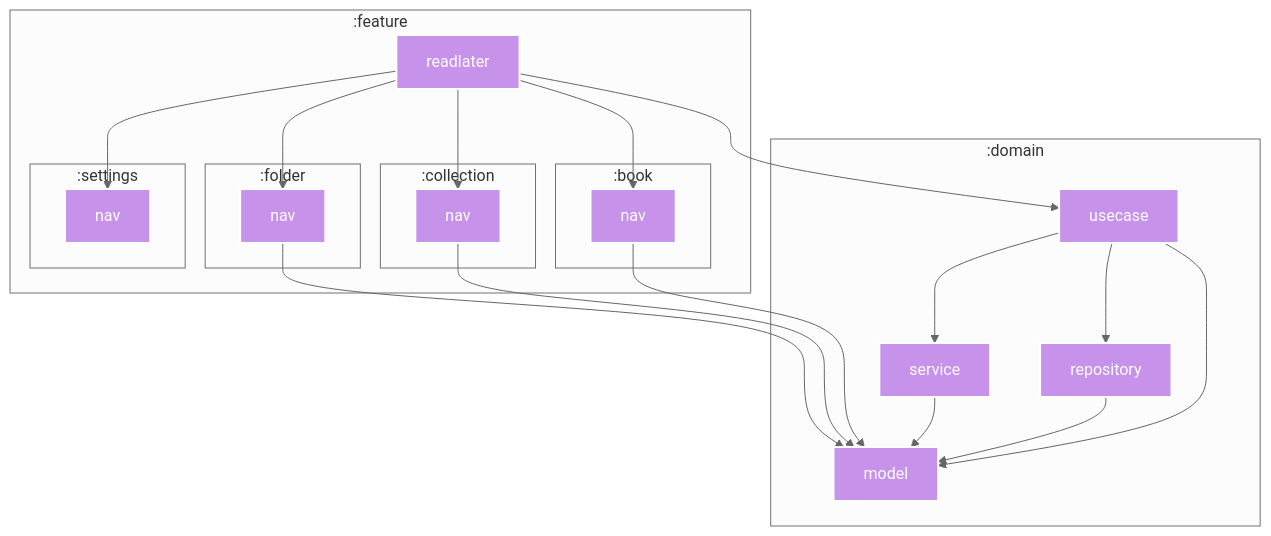
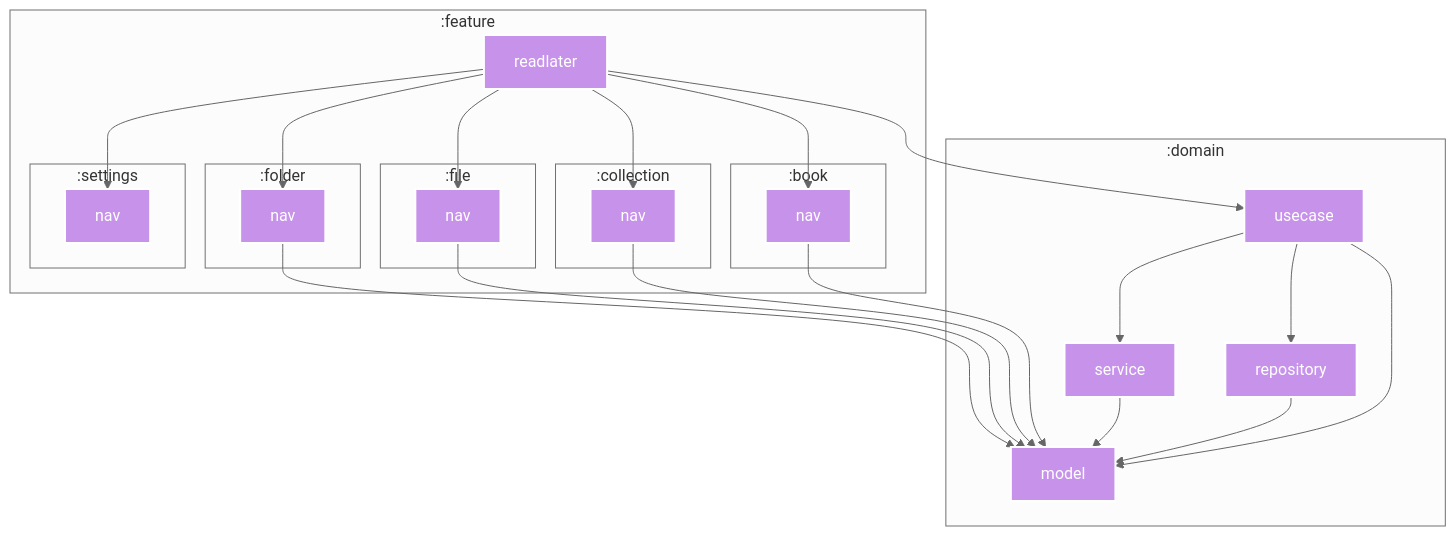
One commit to SorrowBlue/ComicViewer changed the diagram in feature/readlater/README.md. Above: the diagram before and after it, drawn with Mermaid. The commit also changed 21 other files, not shown here.

First line of the commit message:
refactor: Decouple feature:file implementation from feature:file:nav (#1423)

````diff
--- a/feature/readlater/README.md
+++ b/feature/readlater/README.md
@@ -5,63 +5,70 @@
 ```mermaid
 %%{
   init: {
     'theme': 'neutral'
   }
 }%%
 
 graph TB
   subgraph :domain
     :domain:usecase["usecase"]
     :domain:model["model"]
     :domain:repository["repository"]
     :domain:service["service"]
     :domain:service["service"]
     :domain:model["model"]
     :domain:usecase["usecase"]
     :domain:repository["repository"]
   end
   subgraph :feature
     :feature:readlater["readlater"]
+    subgraph :file
+      :feature:file:nav["nav"]
+      :feature:file:nav["nav"]
+    end
     subgraph :folder
       :feature:folder:nav["nav"]
       :feature:folder:nav["nav"]
     end
     subgraph :book
       :feature:book:nav["nav"]
       :feature:book:nav["nav"]
     end
     subgraph :collection
       :feature:collection:nav["nav"]
       :feature:collection:nav["nav"]
     end
     subgraph :settings
       :feature:settings:nav["nav"]
     end
   end
 
   :domain:usecase --> :domain:model
   :domain:usecase --> :domain:repository
   :domain:usecase --> :domain:service
   :domain:service --> :domain:model
+  :feature:file:nav --> :domain:model
   :feature:folder:nav --> :domain:model
   :feature:book:nav --> :domain:model
   :feature:collection:nav --> :domain:model
   :feature:readlater --> :domain:usecase
   :feature:readlater --> :feature:book:nav
   :feature:readlater --> :feature:collection:nav
+  :feature:readlater --> :feature:file:nav
   :feature:readlater --> :feature:folder:nav
   :feature:readlater --> :feature:settings:nav
   :domain:repository --> :domain:model
 
 classDef kotlin-multiplatform fill:#C792EA,stroke:#fff,stroke-width:2px,color:#fff;
 class :domain:usecase kotlin-multiplatform
 class :domain:model kotlin-multiplatform
 class :domain:repository kotlin-multiplatform
 class :domain:service kotlin-multiplatform
+class :feature:file:nav kotlin-multiplatform
 class :feature:folder:nav kotlin-multiplatform
 class :feature:book:nav kotlin-multiplatform
 class :feature:collection:nav kotlin-multiplatform
 class :feature:readlater kotlin-multiplatform
 class :feature:settings:nav kotlin-multiplatform
 
 ```
````
